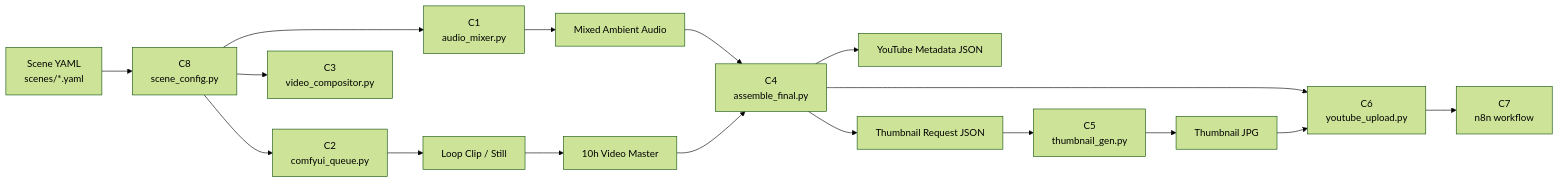
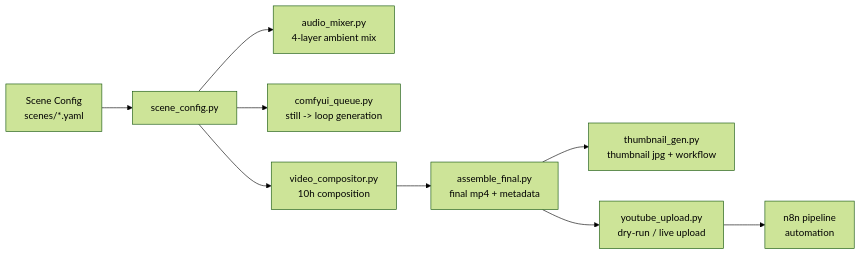
One commit to sinmb79/Library-of-Longing changed the diagram in README.md. Above: the diagram before and after it, drawn with Mermaid (forest theme). The commit also changed other lines of this file and 9 other files, not shown here.

````diff
--- a/README.md
+++ b/README.md
@@ -14,19 +17,11 @@
 ```mermaid
 flowchart LR
-    A["Scene YAML<br/>scenes/*.yaml"] --> B["C8<br/>scene_config.py"]
-    B --> C["C1<br/>audio_mixer.py"]
-    B --> D["C2<br/>comfyui_queue.py"]
-    B --> E["C3<br/>video_compositor.py"]
-    D --> F["Loop Clip / Still"]
-    C --> G["Mixed Ambient Audio"]
-    F --> H["10h Video Master"]
-    G --> I["C4<br/>assemble_final.py"]
-    H --> I
-    I --> J["YouTube Metadata JSON"]
-    I --> K["Thumbnail Request JSON"]
-    K --> L["C5<br/>thumbnail_gen.py"]
-    L --> M["Thumbnail JPG"]
-    I --> N["C6<br/>youtube_upload.py"]
-    M --> N
-    N --> O["C7<br/>n8n workflow"]
+    A["Scene Config<br/>scenes/*.yaml"] --> B["scene_config.py"]
+    B --> C["audio_mixer.py<br/>4-layer ambient mix"]
+    B --> D["comfyui_queue.py<br/>still -> loop generation"]
+    B --> E["video_compositor.py<br/>10h composition"]
+    E --> F["assemble_final.py<br/>final mp4 + metadata"]
+    F --> G["thumbnail_gen.py<br/>thumbnail jpg + workflow"]
+    F --> H["youtube_upload.py<br/>dry-run / live upload"]
+    H --> I["n8n pipeline<br/>automation"]
 ```
````
